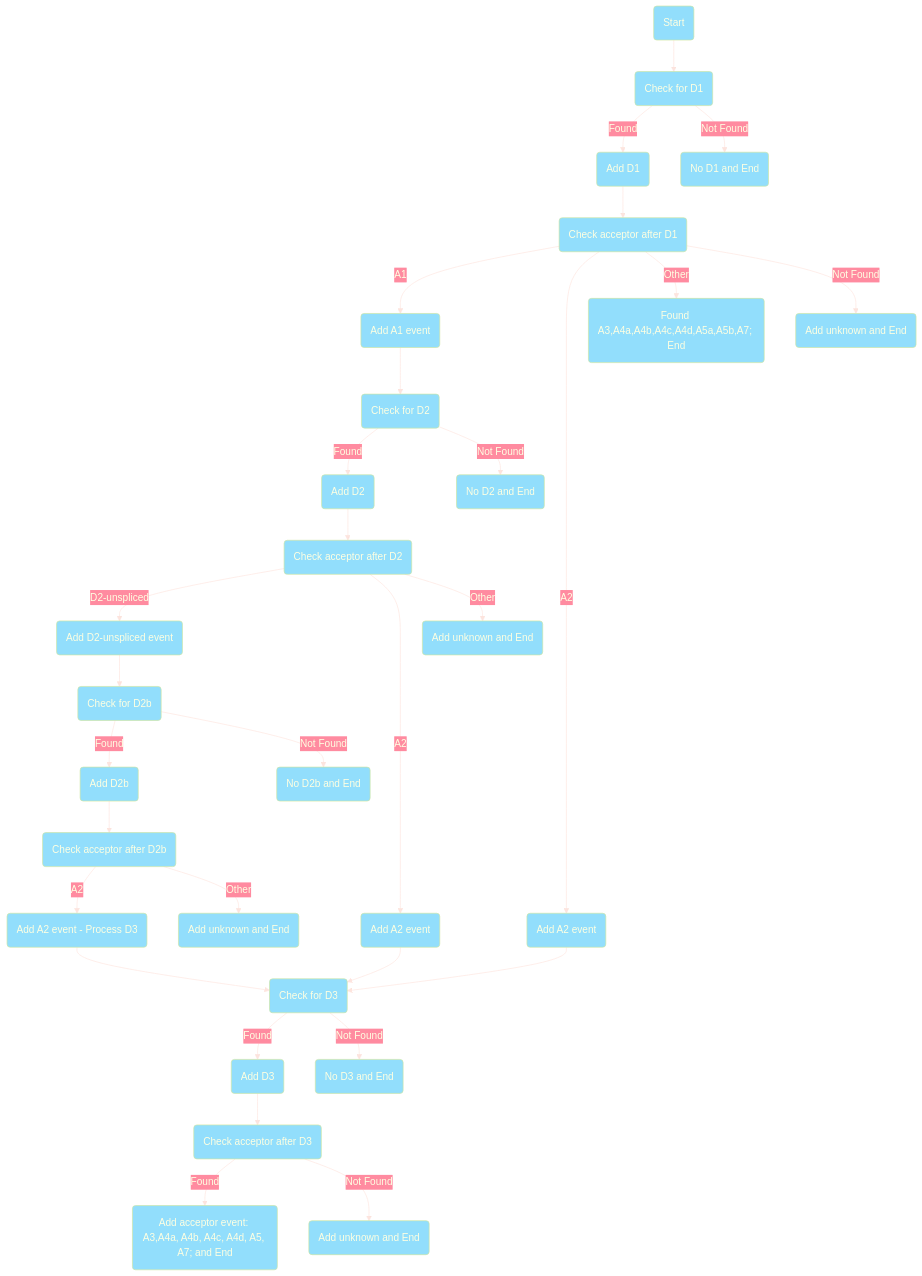
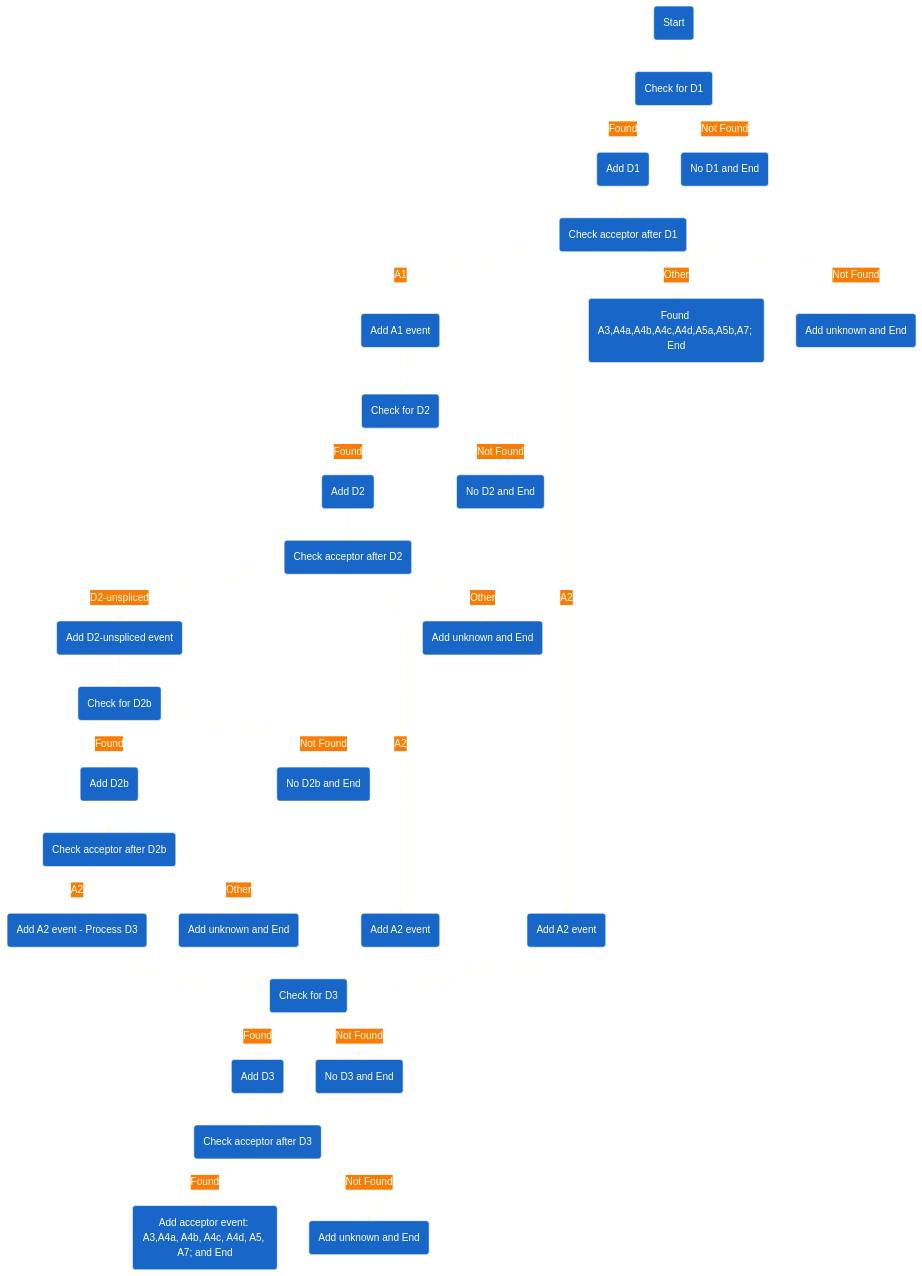
One commit to ViralSeq/viRust-splicing changed the diagram in Readme.md. Above: the diagram before and after it, drawn with Mermaid.

````diff
--- a/Readme.md
+++ b/Readme.md
@@ -7,59 +7,59 @@
 ```mermaid
 
 %%{
   init: {
     'theme': 'base',
     'themeVariables': {
-      'primaryColor': '#92DEFC',
+      'primaryColor': '#1966C9',
       'primaryTextColor': '#FEFFE2',
-      'primaryBorderColor': '#D0E69E',
-      'lineColor': '#FDE4DE',
-      'secondaryColor': '#FF8BA0',
+      'primaryBorderColor': '#FEFFE2',
+      'lineColor': '#FEFFE2',
+      'secondaryColor': '#F87C07',
       'tertiaryColor': '#FF8BA0'
     }
   }
 }%%
 
 
 flowchart TD
     A(Start) --> B(Check for D1)
     B -- Found --> C(Add D1)
     B -- Not Found --> End1(No D1 and End)
 
     C --> D(Check acceptor after D1)
     D -- A1 --> E(Add A1 event)
     D -- A2 --> F(Add A2 event)
     D -- Other --> End2(Found A3,A4a,A4b,A4c,A4d,A5a,A5b,A7; End)
     D -- Not Found --> End3(Add unknown and End)
 
     E --> G(Check for D2)
     G -- Found --> H(Add D2)
     G -- Not Found --> End4(No D2 and End)
 
     H --> I(Check acceptor after D2)
     I -- D2-unspliced --> J(Add D2-unspliced event)
     I -- A2 --> K(Add A2 event)
     I -- Other --> End5(Add unknown and End)
 
     J --> L(Check for D2b)
     L -- Found --> M(Add D2b)
     L -- Not Found --> End6(No D2b and End)
 
     M --> N(Check acceptor after D2b)
     N -- A2 --> O(Add A2 event - Process D3)
     N -- Other --> End7(Add unknown and End)
 
     %% Convergence to the D3 branch:
     K --> P(Check for D3)
     F --> P
     O --> P
 
     P -- Found --> Q(Add D3)
     P -- Not Found --> End8(No D3 and End)
 
     Q --> R(Check acceptor after D3 )
     R -- Found --> End9(Add acceptor event: A3,A4a, A4b, A4c, A4d, A5, A7; and End)
     R -- Not Found --> End10(Add unknown and End)
 
 
 ```
````
